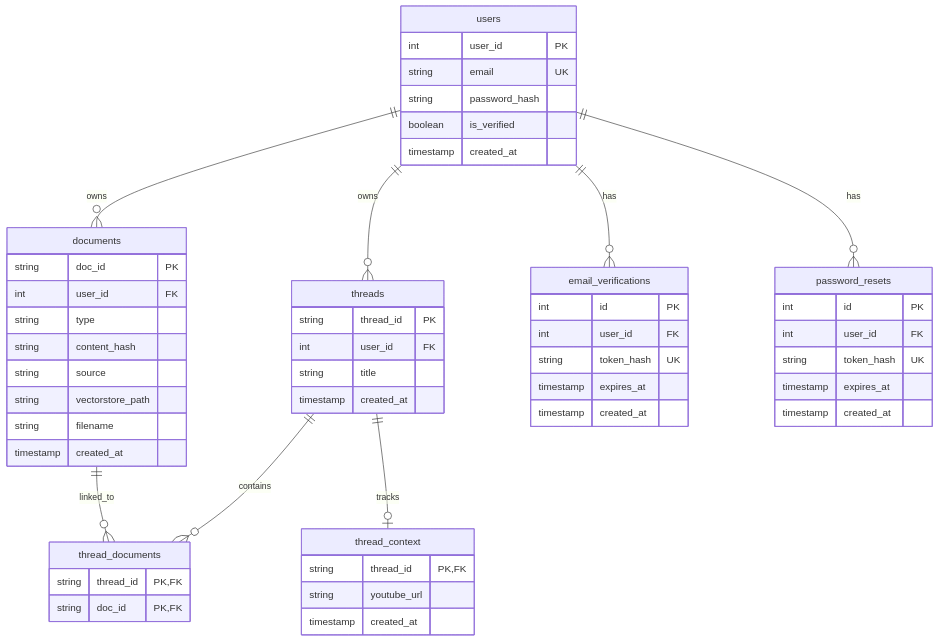
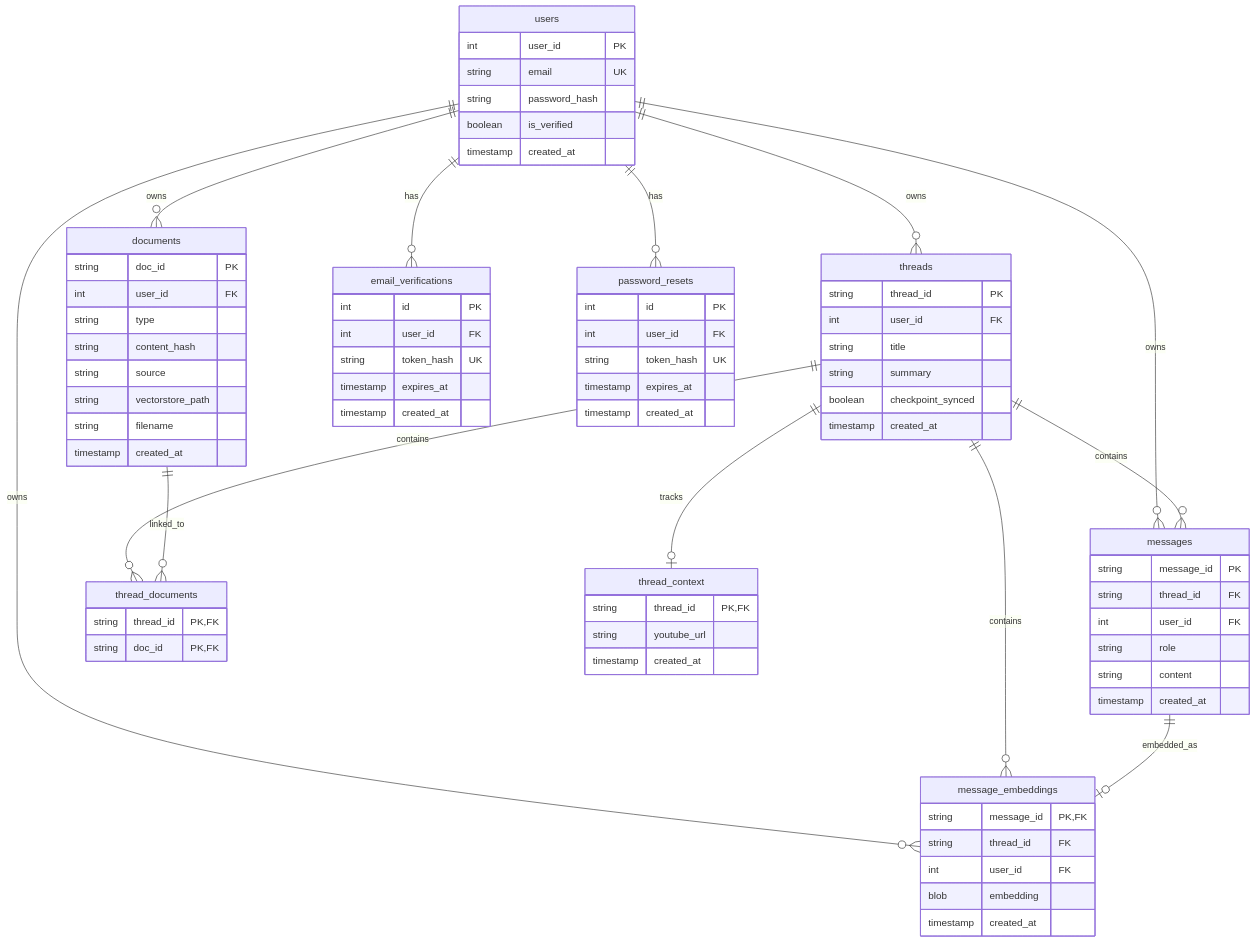
The fourth of 4 diagrams in README.md (MAbdullah005/NexusAI-Agentic-RAG-Assistant), drawn with Mermaid before and after one commit. The commit also changed other lines of this file and 89 other files, not shown here.

```diff
--- a/README.md
+++ b/README.md
@@ -446,11 +569,16 @@
 erDiagram
     users ||--o{ threads : owns
     users ||--o{ documents : owns
+    users ||--o{ messages : owns
+    users ||--o{ message_embeddings : owns
     users ||--o{ email_verifications : has
     users ||--o{ password_resets : has
+    threads ||--o{ messages : contains
+    threads ||--o{ message_embeddings : contains
     threads ||--o{ thread_documents : contains
     documents ||--o{ thread_documents : linked_to
     threads ||--o| thread_context : tracks
+    messages ||--o| message_embeddings : embedded_as
 
     users {
         int user_id PK
@@ -464,6 +592,25 @@
         string thread_id PK
         int user_id FK
         string title
+        string summary
+        boolean checkpoint_synced
+        timestamp created_at
+    }
+
+    messages {
+        string message_id PK
+        string thread_id FK
+        int user_id FK
+        string role
+        string content
+        timestamp created_at
+    }
+
+    message_embeddings {
+        string message_id PK,FK
+        string thread_id FK
+        int user_id FK
+        blob embedding
         timestamp created_at
     }
 
```
